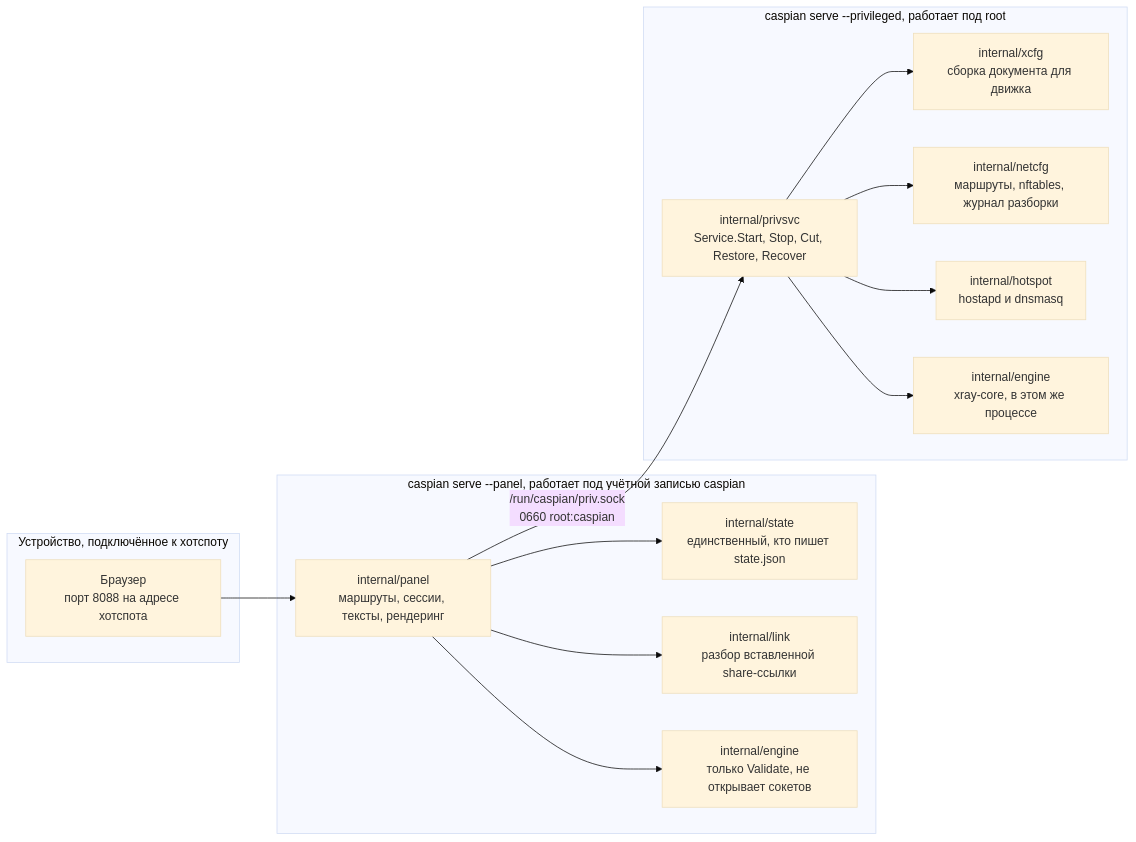
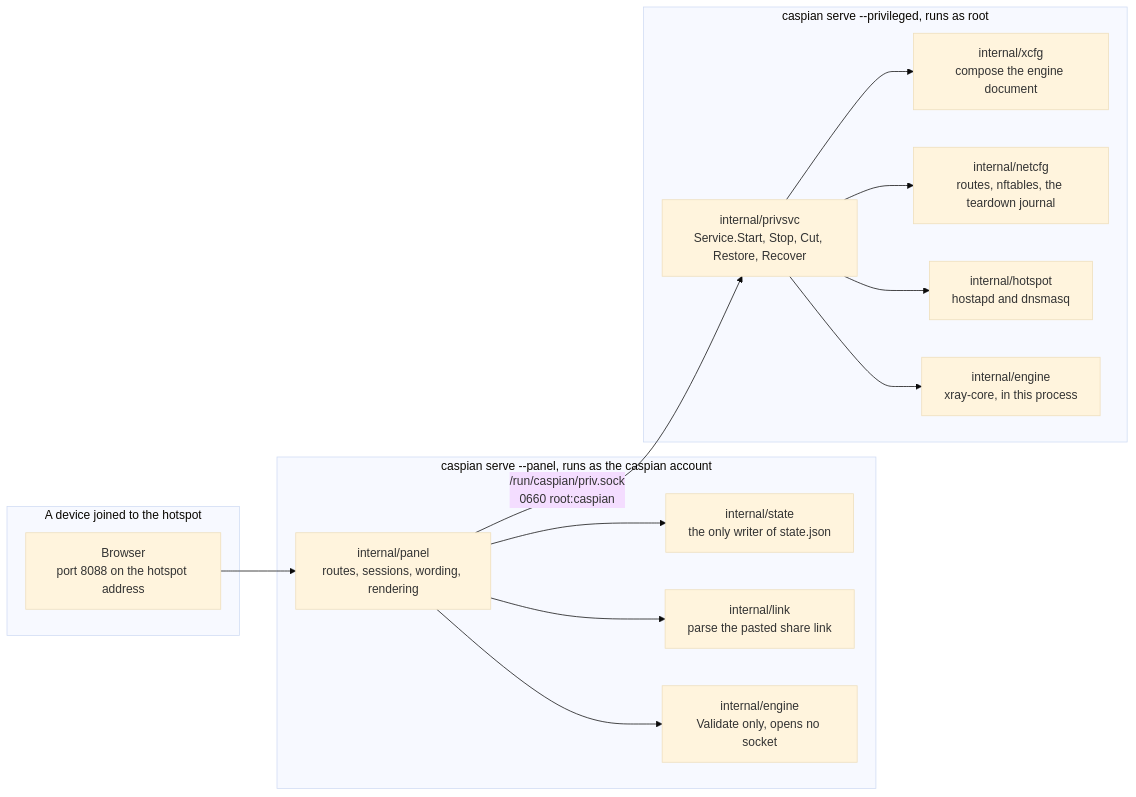
Before and after one commit to Iman/caspian: the first of 8 diagrams in docs/wiki/Architecture.ru.md, drawn with Mermaid (base theme). The commit also changed other lines of this file and 149 other files, not shown here.

````diff
--- a/docs/wiki/Architecture.ru.md
+++ b/docs/wiki/Architecture.ru.md
@@ -24,31 +28,31 @@
 ```mermaid
 flowchart LR
-    subgraph device["Устройство, подключённое к хотспоту"]
-        BR["Браузер<br/>порт 8088 на адресе хотспота"]
+    subgraph device["A device joined to the hotspot"]
+        BR["Browser<br/>port 8088 on the hotspot address"]
     end
 
-    subgraph panelproc["caspian serve --panel, работает под учётной записью caspian"]
-        PANEL["internal/panel<br/>маршруты, сессии, тексты, рендеринг"]
-        STATE["internal/state<br/>единственный, кто пишет state.json"]
-        LINK1["internal/link<br/>разбор вставленной share-ссылки"]
-        ENG1["internal/engine<br/>только Validate, не открывает сокетов"]
+    subgraph panelproc["caspian serve --panel, runs as the caspian account"]
+        PANEL["internal/panel<br/>routes, sessions, wording, rendering"]
+        STATE["internal/state<br/>the only writer of state.json"]
+        LINK1["internal/link<br/>parse the pasted share link"]
+        ENG1["internal/engine<br/>Validate only, opens no socket"]
     end
 
-    subgraph privproc["caspian serve --privileged, работает под root"]
+    subgraph privproc["caspian serve --privileged, runs as root"]
         SVC["internal/privsvc<br/>Service.Start, Stop, Cut, Restore, Recover"]
-        XCFG["internal/xcfg<br/>сборка документа для движка"]
-        NETCFG["internal/netcfg<br/>маршруты, nftables, журнал разборки"]
-        HOT["internal/hotspot<br/>hostapd и dnsmasq"]
-        ENG2["internal/engine<br/>xray-core, в этом же процессе"]
+        XCFG["internal/xcfg<br/>compose the engine document"]
+        NETCFG["internal/netcfg<br/>routes, nftables, the teardown journal"]
+        HOT["internal/hotspot<br/>hostapd and dnsmasq"]
+        ENG2["internal/engine<br/>xray-core, in this process"]
     end
 
     BR --> PANEL
     PANEL --> STATE
     PANEL --> LINK1
     PANEL --> ENG1
     PANEL -->|"/run/caspian/priv.sock<br/>0660 root:caspian"| SVC
     SVC --> XCFG
     SVC --> NETCFG
     SVC --> HOT
     SVC --> ENG2
 ```
````
